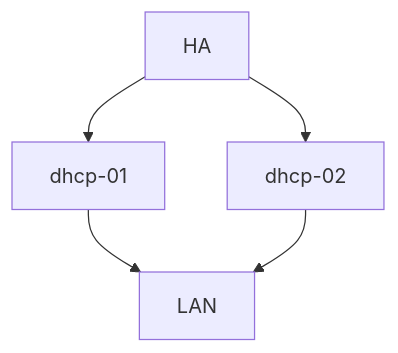
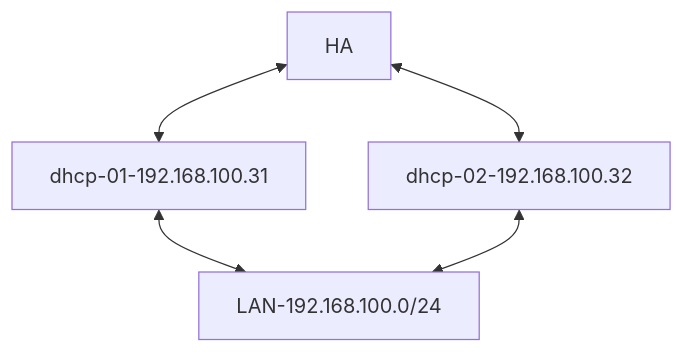
The diagram in Config_DHCP_Failover.md (ivanterner/Time_of_the_first), drawn with Mermaid before and after one commit. The commit also changed other lines of this file, not shown here.

````diff
--- a/Config_DHCP_Failover.md
+++ b/Config_DHCP_Failover.md
@@ -3,7 +3,7 @@
 ```mermaid
 graph TD;
-    HA-->dhcp-01;
-    HA-->dhcp-02;
-    dhcp-01-->LAN;
-    dhcp-02-->LAN;
+    HA<-->dhcp-01-192.168.100.31;
+    HA<-->dhcp-02-192.168.100.32;
+    dhcp-01-192.168.100.31<-->LAN-192.168.100.0/24;
+    dhcp-02-192.168.100.32<-->LAN-192.168.100.0/24;
 ```
````
